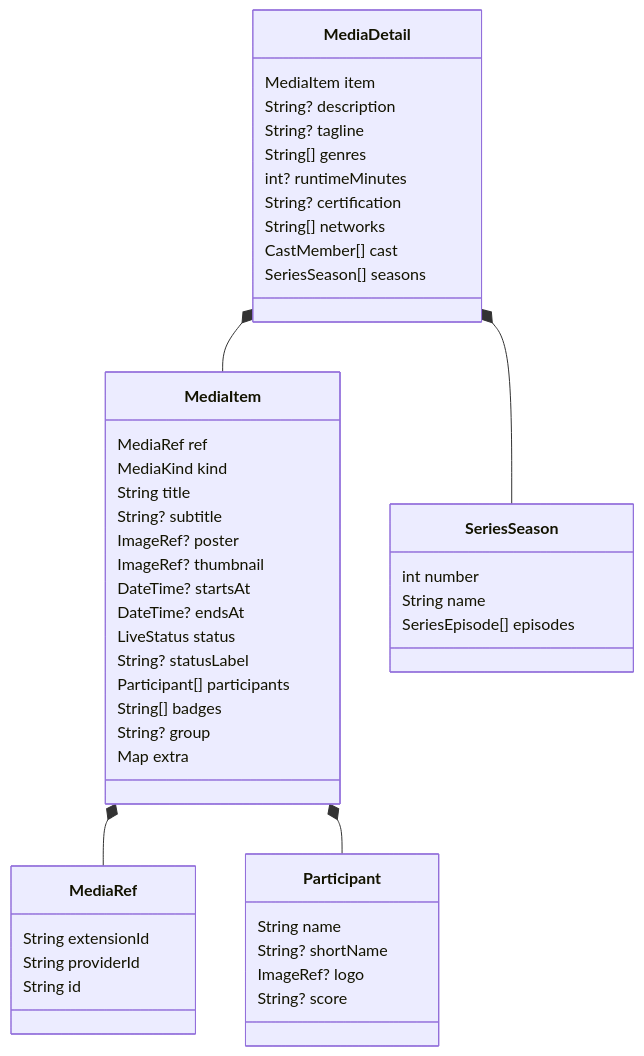
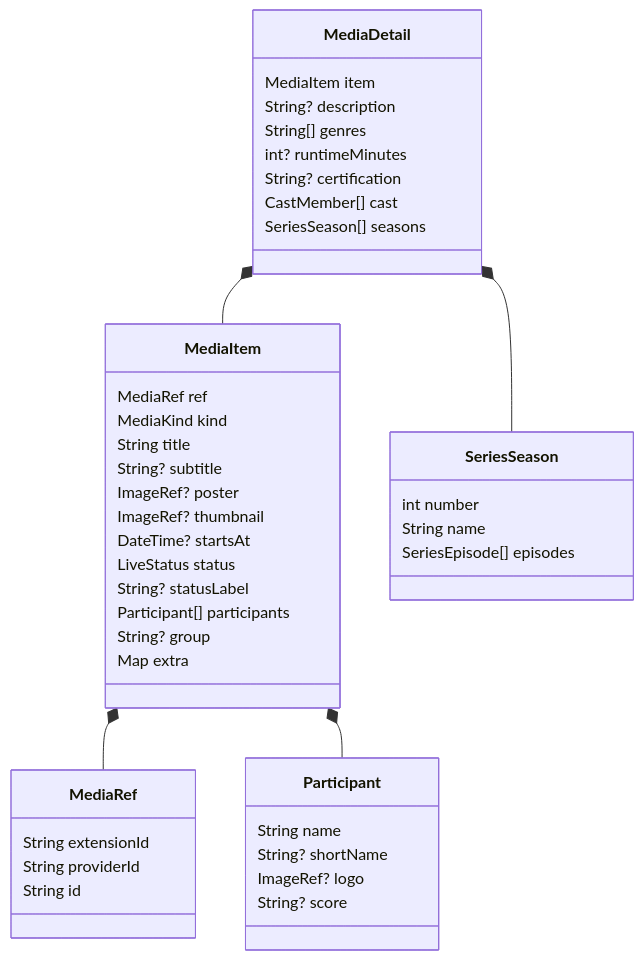
One commit to nimbusfvck/fvcksubs changed the first of 6 diagrams in docs/05-data-model.md. Above: the diagram before and after it, drawn with Mermaid. The commit also changed other lines of this file and 30 other files, not shown here.

````diff
--- a/docs/05-data-model.md
+++ b/docs/05-data-model.md
@@ -11,51 +11,47 @@
 ```mermaid
 classDiagram
     class MediaRef {
         String extensionId
         String providerId
         String id
     }
     class MediaItem {
         MediaRef ref
         MediaKind kind
         String title
         String? subtitle
         ImageRef? poster
         ImageRef? thumbnail
         DateTime? startsAt
-        DateTime? endsAt
         LiveStatus status
         String? statusLabel
         Participant[] participants
-        String[] badges
         String? group
         Map extra
     }
     class Participant {
         String name
         String? shortName
         ImageRef? logo
         String? score
     }
     class MediaDetail {
         MediaItem item
         String? description
-        String? tagline
         String[] genres
         int? runtimeMinutes
         String? certification
-        String[] networks
         CastMember[] cast
         SeriesSeason[] seasons
     }
     class SeriesSeason {
         int number
         String name
         SeriesEpisode[] episodes
     }
 
     MediaItem *-- MediaRef
     MediaItem *-- Participant
     MediaDetail *-- MediaItem
     MediaDetail *-- SeriesSeason
 ```
````
